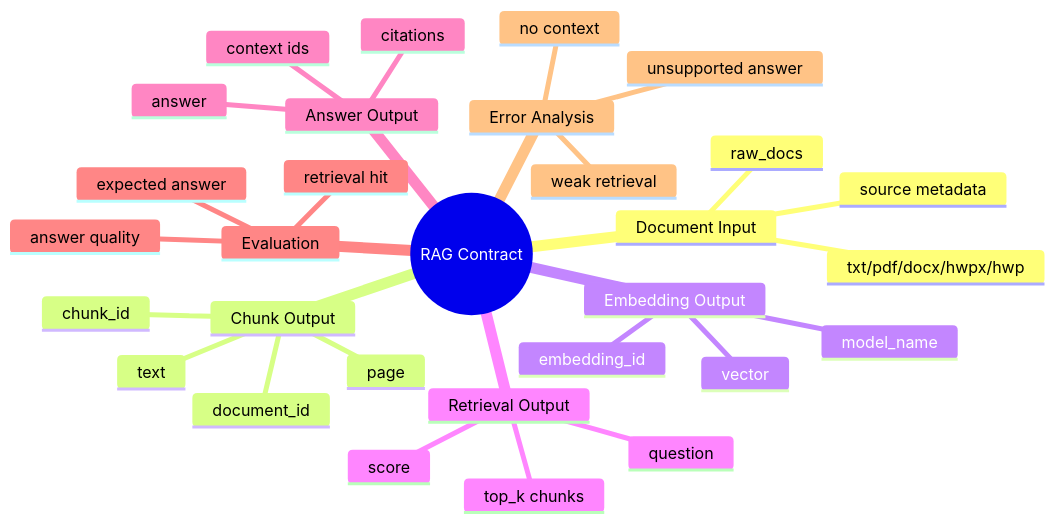
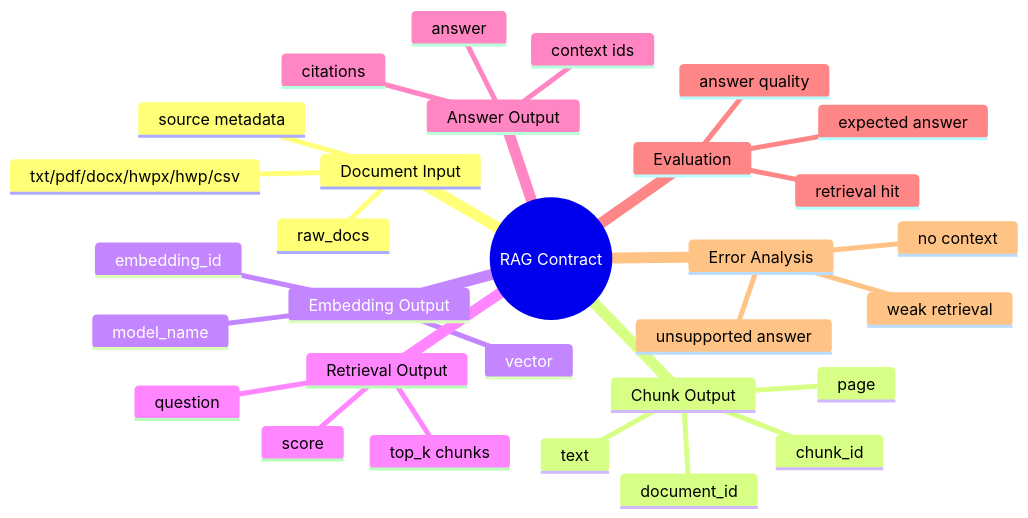
Before and after one commit to Codeit-Part3-6Team/Codeit-Part3-6Team-Project: the diagram in docs/md/rag/RAG_PIPELINE_SPEC.md, drawn with Mermaid. The commit also changed other lines of this file and 5 other files, not shown here.

````diff
--- a/docs/md/rag/RAG_PIPELINE_SPEC.md
+++ b/docs/md/rag/RAG_PIPELINE_SPEC.md
@@ -12,33 +12,33 @@
 ```mermaid
 mindmap
   root((RAG Contract))
     Document Input
       raw_docs
-      txt/pdf/docx/hwpx/hwp
+      txt/pdf/docx/hwpx/hwp/csv
       source metadata
     Chunk Output
       chunk_id
       document_id
       page
       text
     Embedding Output
       embedding_id
       vector
       model_name
     Retrieval Output
       question
       top_k chunks
       score
     Answer Output
       answer
       citations
       context ids
     Evaluation
       expected answer
       retrieval hit
       answer quality
     Error Analysis
       no context
       weak retrieval
       unsupported answer
 ```
````
